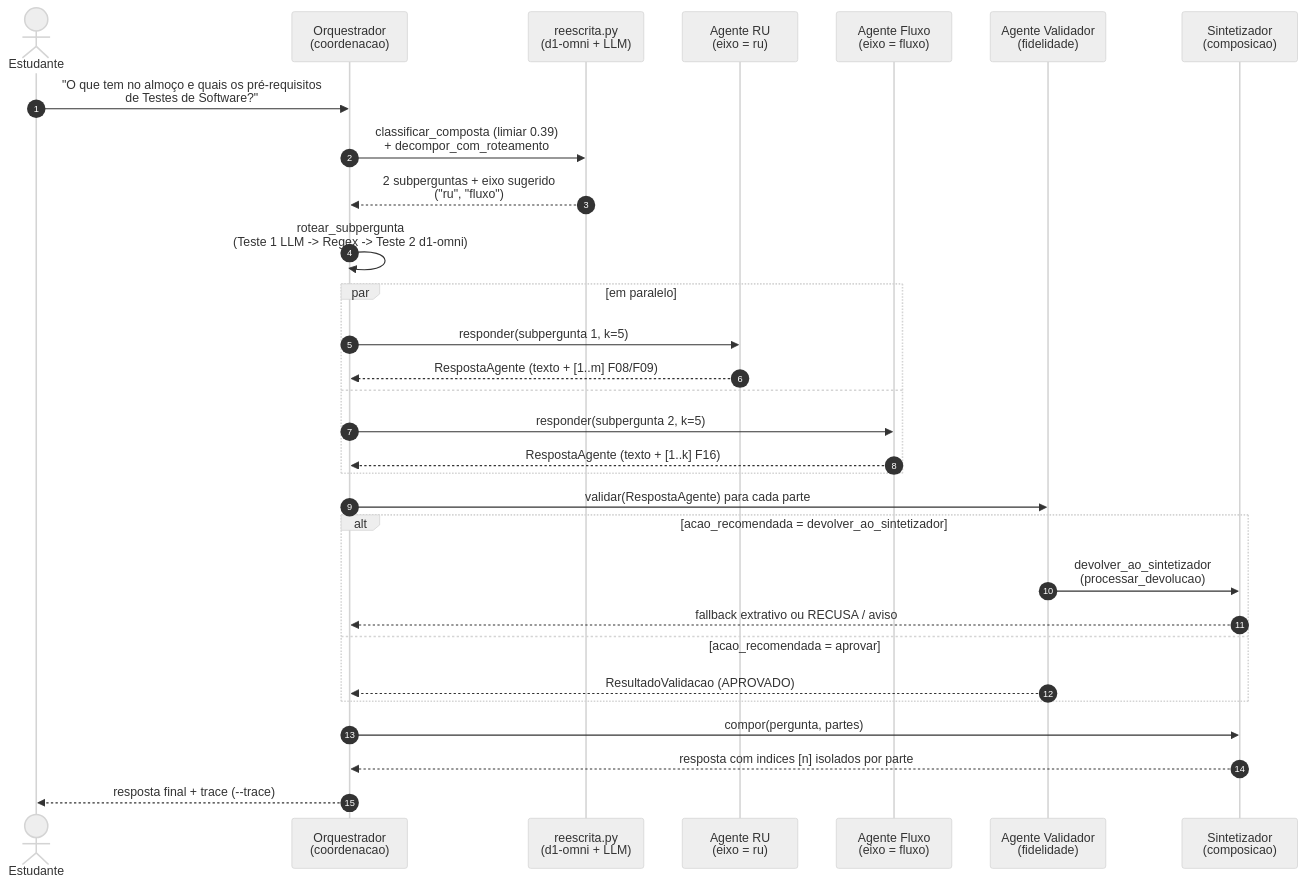
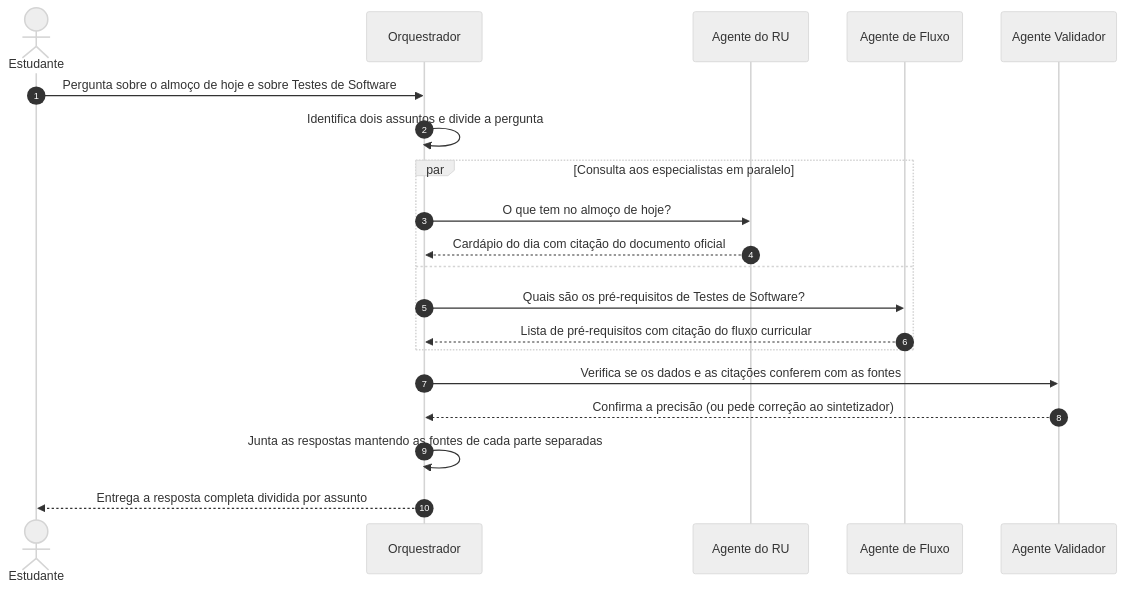
One commit to maykonjuso/residencia-grupo-4 changed the diagram in docs/entrega-4/fluxo-de-interacao.md. Above: the diagram before and after it, drawn with Mermaid (neutral theme). The commit also changed other lines of this file and 8 other files, not shown here.

Commit message:
feat(docs): adiciona zoom em diagramas/imagens e refina leitura da Entrega 4

````diff
--- a/docs/entrega-4/fluxo-de-interacao.md
+++ b/docs/entrega-4/fluxo-de-interacao.md
@@ -11,33 +11,23 @@
 ```mermaid
 sequenceDiagram
     autonumber
     actor E as Estudante
-    participant O as Orquestrador<br/>(coordenacao)
-    participant R as reescrita.py<br/>(d1-omni + LLM)
-    participant RU as Agente RU<br/>(eixo = ru)
-    participant FL as Agente Fluxo<br/>(eixo = fluxo)
-    participant V as Agente Validador<br/>(fidelidade)
-    participant S as Sintetizador<br/>(composicao)
+    participant O as Orquestrador
+    participant RU as Agente do RU
+    participant FL as Agente de Fluxo
+    participant V as Agente Validador
 
-    E->>O: "O que tem no almoço e quais os pré-requisitos<br/>de Testes de Software?"
-    O->>R: classificar_composta (limiar 0.39)<br/>+ decompor_com_roteamento
-    R-->>O: 2 subperguntas + eixo sugerido<br/>("ru", "fluxo")
-    O->>O: rotear_subpergunta<br/>(Teste 1 LLM -> Regex -> Teste 2 d1-omni)
-    par em paralelo
-        O->>RU: responder(subpergunta 1, k=5)
-        RU-->>O: RespostaAgente (texto + [1..m] F08/F09)
+    E->>O: Pergunta sobre o almoço de hoje e sobre Testes de Software
+    O->>O: Identifica dois assuntos e divide a pergunta
+    par Consulta aos especialistas em paralelo
+        O->>RU: O que tem no almoço de hoje?
+        RU-->>O: Cardápio do dia com citação do documento oficial
     and
-        O->>FL: responder(subpergunta 2, k=5)
-        FL-->>O: RespostaAgente (texto + [1..k] F16)
+        O->>FL: Quais são os pré-requisitos de Testes de Software?
+        FL-->>O: Lista de pré-requisitos com citação do fluxo curricular
     end
-    O->>V: validar(RespostaAgente) para cada parte
-    alt acao_recomendada = devolver_ao_sintetizador
-        V->>S: devolver_ao_sintetizador<br/>(processar_devolucao)
-        S-->>O: fallback extrativo ou RECUSA / aviso
-    else acao_recomendada = aprovar
-        V-->>O: ResultadoValidacao (APROVADO)
-    end
-    O->>S: compor(pergunta, partes)
-    S-->>O: resposta com indices [n] isolados por parte
-    O-->>E: resposta final + trace (--trace)
+    O->>V: Verifica se os dados e as citações conferem com as fontes
+    V-->>O: Confirma a precisão (ou pede correção ao sintetizador)
+    O->>O: Junta as respostas mantendo as fontes de cada parte separadas
+    O-->>E: Entrega a resposta completa dividida por assunto
 ```
````
